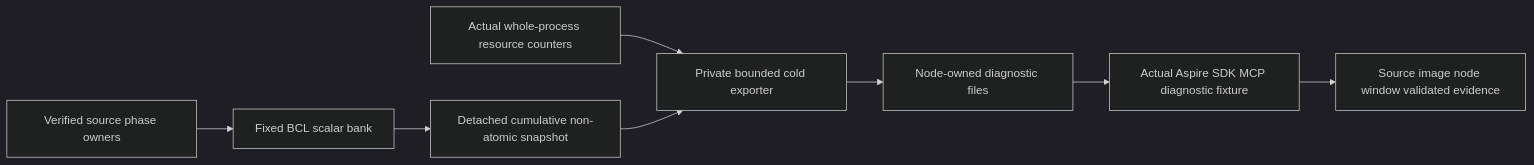
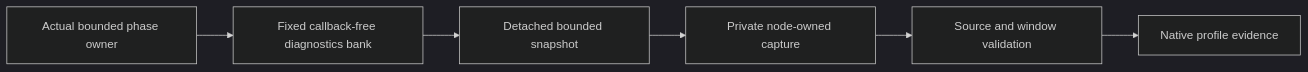
The diagram in docs/ADR/ADR-063-bounded-database-phase-profiling.md (managedcode/KeyLoad), drawn with Mermaid (dark theme) before and after one commit. The commit also changed other lines of this file and 152 other files, not shown here.

````diff
--- a/docs/ADR/ADR-063-bounded-database-phase-profiling.md
+++ b/docs/ADR/ADR-063-bounded-database-phase-profiling.md
@@ -57,10 +14,8 @@
 ```mermaid
 flowchart LR
-    Producers[Verified source phase owners] --> Bank[Fixed BCL scalar bank]
-    Bank --> Snapshot[Detached cumulative non-atomic snapshot]
-    Process[Actual whole-process resource counters] --> Exporter[Private bounded cold exporter]
-    Snapshot --> Exporter
-    Exporter --> Files[Node-owned diagnostic files]
-    Files --> Native[Actual Aspire SDK MCP diagnostic fixture]
-    Native --> Evidence[Source image node window validated evidence]
+    Producer[Actual bounded phase owner] --> Bank[Fixed callback-free diagnostics bank]
+    Bank --> Snapshot[Detached bounded snapshot]
+    Snapshot --> Capture[Private node-owned capture]
+    Capture --> Validate[Source and window validation]
+    Validate --> Evidence[Native profile evidence]
 ```
````
